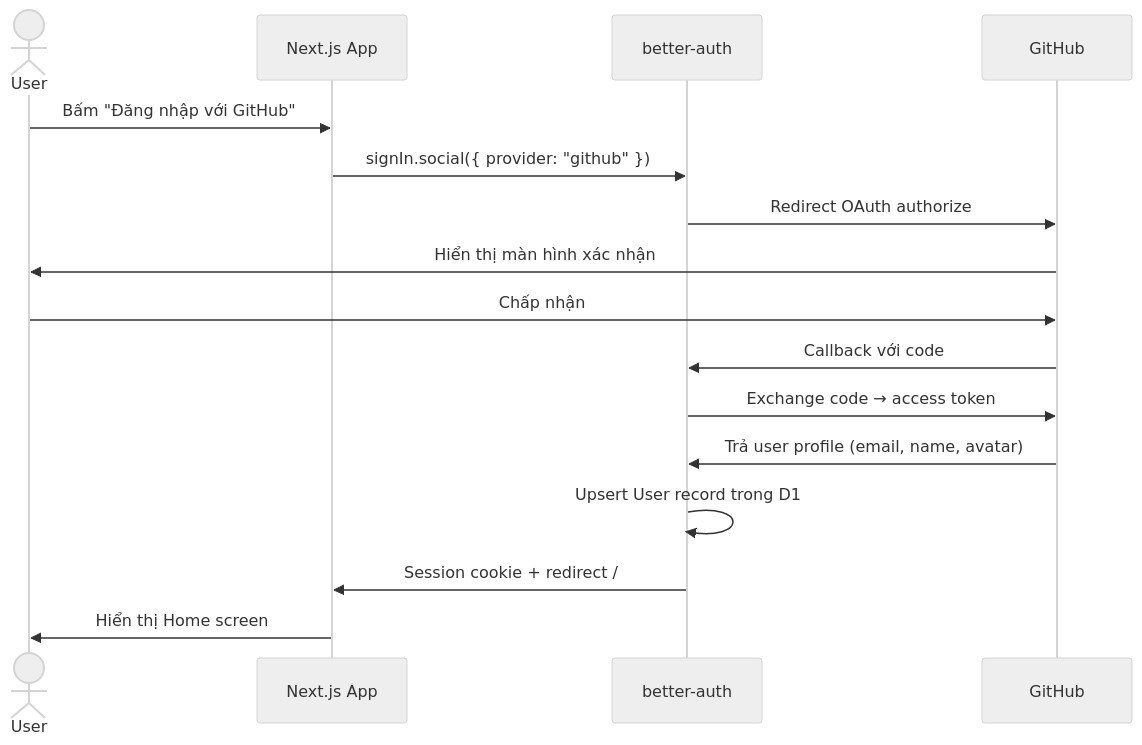
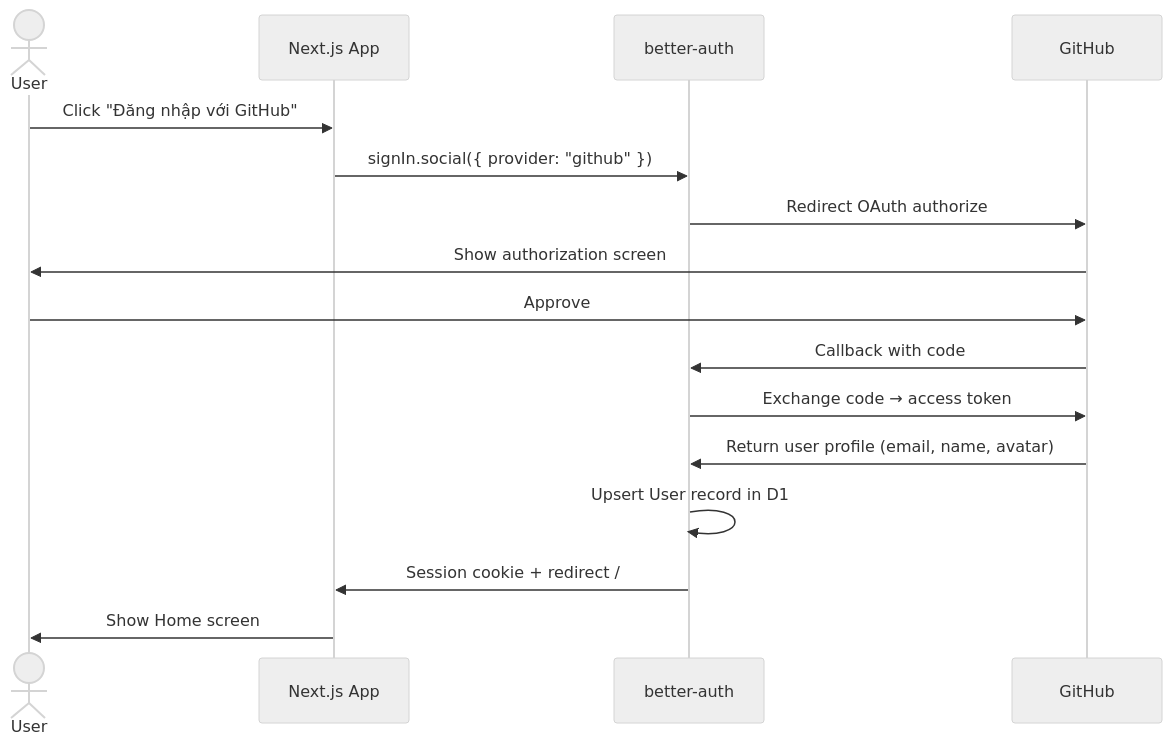
One commit to niits/personal-finance changed the first of 10 diagrams in docs/FLOWS.md. Above: the diagram before and after it, drawn with Mermaid (neutral theme). The commit also changed other lines of this file and 3 other files, not shown here.

````diff
--- a/docs/FLOWS.md
+++ b/docs/FLOWS.md
@@ -26,19 +26,19 @@
 ```mermaid
 sequenceDiagram
     actor User
     participant App as Next.js App
     participant Auth as better-auth
     participant GitHub
 
-    User->>App: Bấm "Đăng nhập với GitHub"
+    User->>App: Click "Đăng nhập với GitHub"
     App->>Auth: signIn.social({ provider: "github" })
     Auth->>GitHub: Redirect OAuth authorize
-    GitHub->>User: Hiển thị màn hình xác nhận
-    User->>GitHub: Chấp nhận
-    GitHub->>Auth: Callback với code
+    GitHub->>User: Show authorization screen
+    User->>GitHub: Approve
+    GitHub->>Auth: Callback with code
     Auth->>GitHub: Exchange code → access token
-    GitHub->>Auth: Trả user profile (email, name, avatar)
-    Auth->>Auth: Upsert User record trong D1
+    GitHub->>Auth: Return user profile (email, name, avatar)
+    Auth->>Auth: Upsert User record in D1
     Auth->>App: Session cookie + redirect /
-    App->>User: Hiển thị Home screen
+    App->>User: Show Home screen
 ```
````
